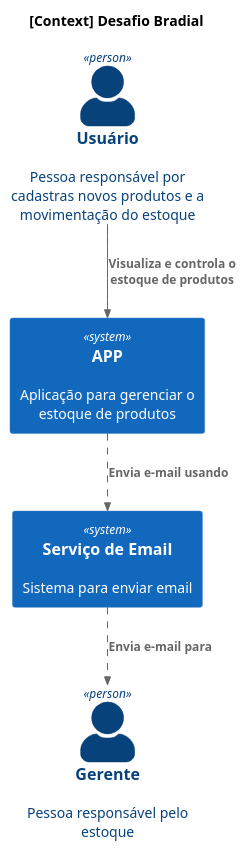
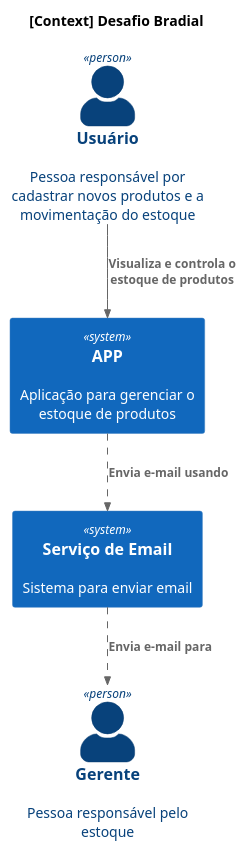
The diagram in docs/context.puml (GustavoDeVito/desafio-bradial), drawn with PlantUML before and after one commit.

Commit message:
doc: orthography

```diff
--- a/docs/context.puml
+++ b/docs/context.puml
@@ -1,21 +1,21 @@
 @startuml Context
 !include https://raw.githubusercontent.com/plantuml-stdlib/C4-PlantUML/master/C4_Context.puml
 
 title [Context] Desafio Bradial
 
 SHOW_PERSON_PORTRAIT()
 
 AddRelTag("dashed", $lineStyle = DashedLine())
 
-Person(user, "Usuário", "Pessoa responsável por cadastras novos produtos e a movimentação do estoque")
+Person(user, "Usuário", "Pessoa responsável por cadastrar novos produtos e a movimentação do estoque")
 Person(manager, "Gerente", "Pessoa responsável pelo estoque")
 
 System(app, "APP", "Aplicação para gerenciar o estoque de produtos")
 
 System(email, "Serviço de Email", "Sistema para enviar email")
 
 Rel(user, app, "Visualiza e controla o estoque de produtos")
 Rel(app, email, "Envia e-mail usando", $tags = "dashed")
 Rel(email, manager, "Envia e-mail para", $tags = "dashed")
 
 @enduml
```
